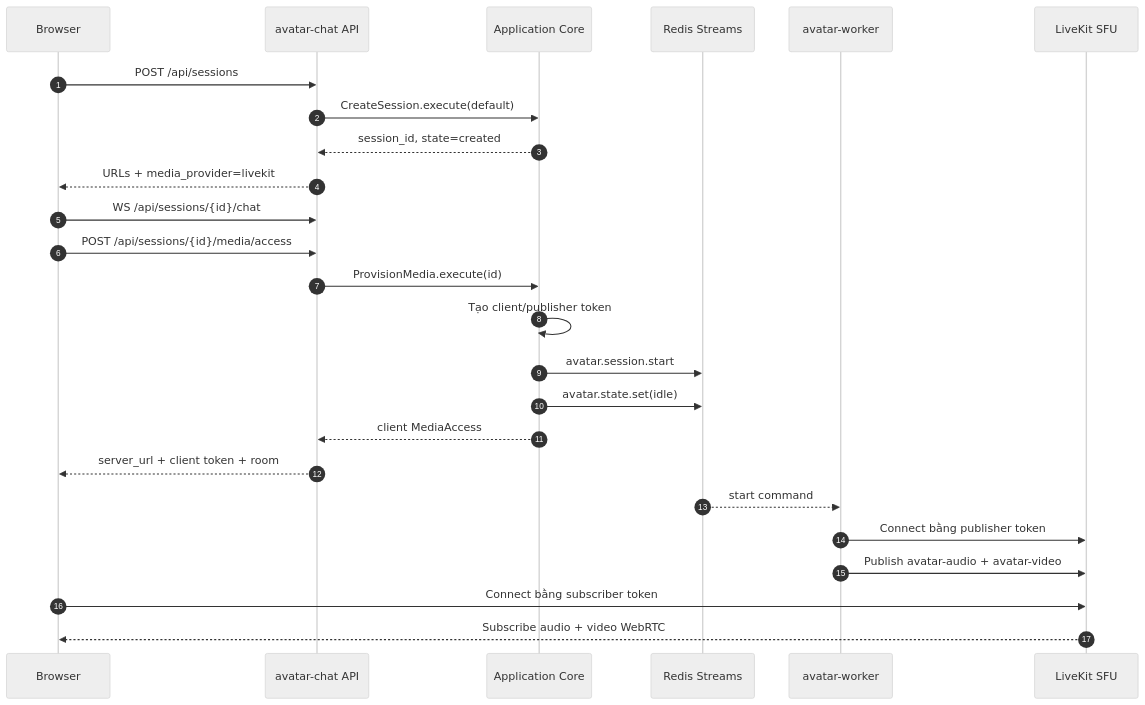
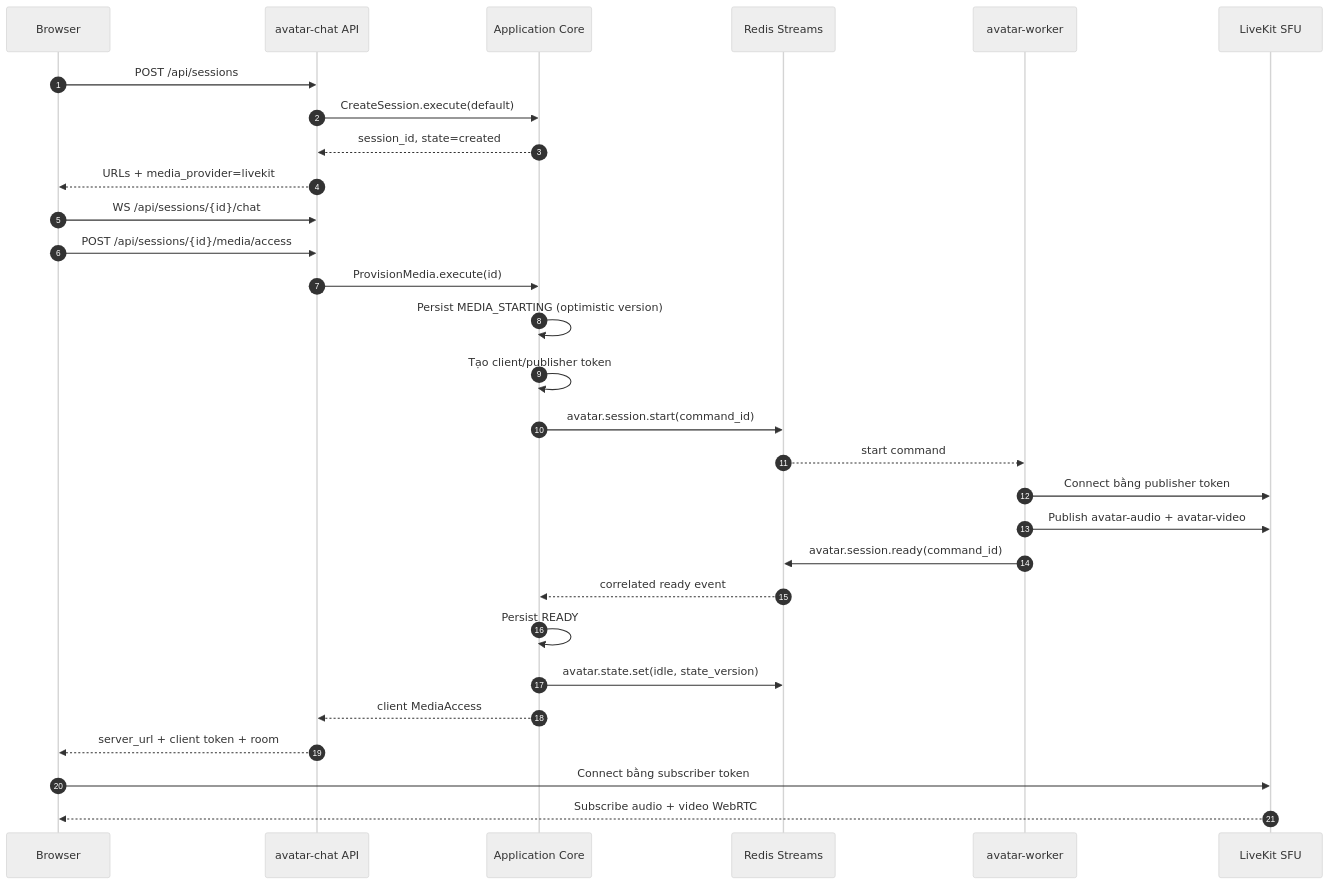
Before and after one commit to thinhphan97/PersonaForge: the fifth of 7 diagrams in docs/current-pipeline.md, drawn with Mermaid (neutral theme). The commit also changed other lines of this file and 18 other files, not shown here.

Commit message:
feat: harden avatar session core lifecycle

````diff
--- a/docs/current-pipeline.md
+++ b/docs/current-pipeline.md
@@ -235,28 +242,32 @@
 ```mermaid
 sequenceDiagram
     autonumber
     participant B as Browser
     participant A as avatar-chat API
     participant C as Application Core
     participant R as Redis Streams
     participant W as avatar-worker
     participant L as LiveKit SFU
 
     B->>A: POST /api/sessions
     A->>C: CreateSession.execute(default)
     C-->>A: session_id, state=created
     A-->>B: URLs + media_provider=livekit
     B->>A: WS /api/sessions/{id}/chat
     B->>A: POST /api/sessions/{id}/media/access
     A->>C: ProvisionMedia.execute(id)
+    C->>C: Persist MEDIA_STARTING (optimistic version)
     C->>C: Tạo client/publisher token
-    C->>R: avatar.session.start
-    C->>R: avatar.state.set(idle)
-    C-->>A: client MediaAccess
-    A-->>B: server_url + client token + room
+    C->>R: avatar.session.start(command_id)
     R-->>W: start command
     W->>L: Connect bằng publisher token
     W->>L: Publish avatar-audio + avatar-video
+    W->>R: avatar.session.ready(command_id)
+    R-->>C: correlated ready event
+    C->>C: Persist READY
+    C->>R: avatar.state.set(idle, state_version)
+    C-->>A: client MediaAccess
+    A-->>B: server_url + client token + room
     B->>L: Connect bằng subscriber token
     L-->>B: Subscribe audio + video WebRTC
 ```
````
